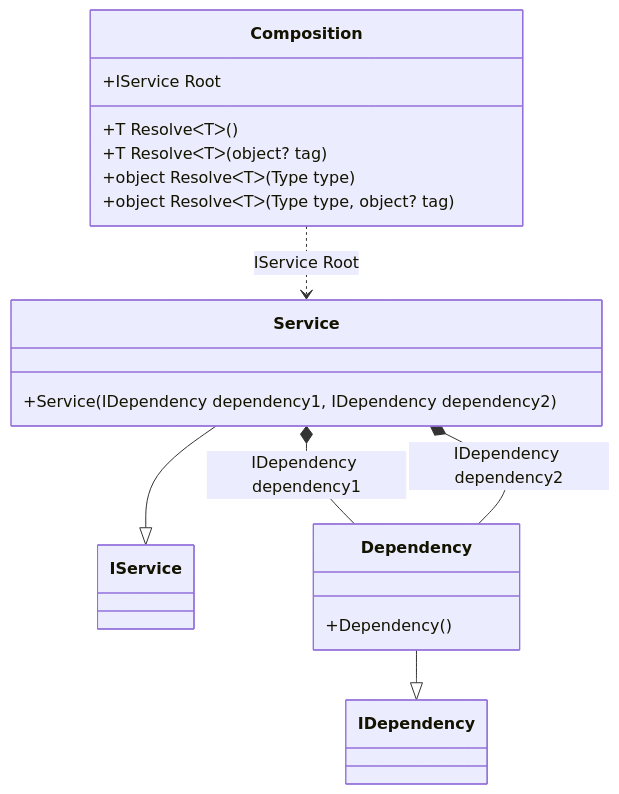
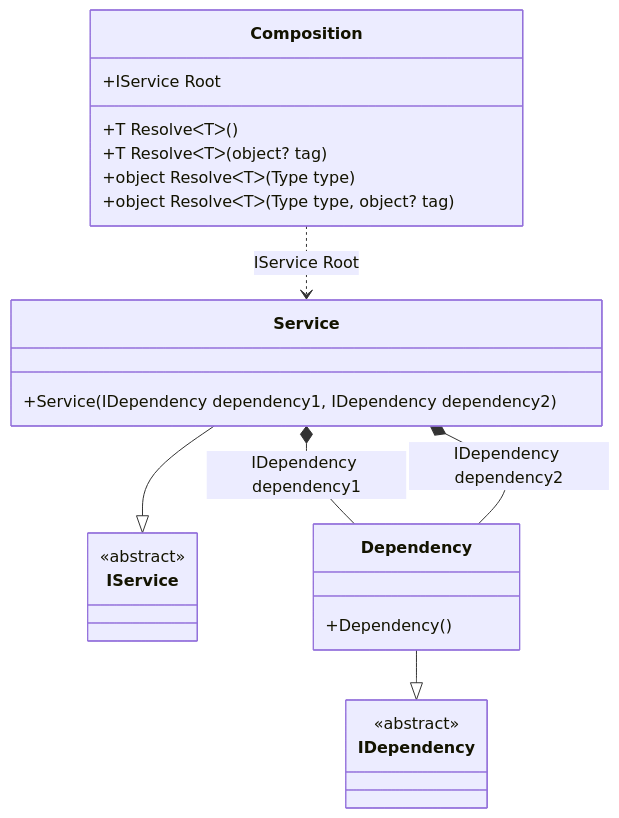
Diagram 16 of 35 in readme/Examples.md (DevTeam/Pure.DI), drawn with Mermaid before and after one commit. The commit also changed other lines of this file and 3 other files, not shown here.

````diff
--- a/readme/Examples.md
+++ b/readme/Examples.md
@@ -1124,21 +1217,27 @@
 ```mermaid
 classDiagram
-class Composition {
-+IService Root
-+T ResolveᐸTᐳ()
-+T ResolveᐸTᐳ(object? tag)
-+object ResolveᐸTᐳ(Type type)
-+object ResolveᐸTᐳ(Type type, object? tag)
-}
-Service --|> IService : 
-class Service {
-+Service(IDependency dependency1, IDependency dependency2)
-}
-Dependency --|> IDependency : 
-class Dependency {
-+Dependency()
-}
-Service *--  Dependency : IDependency dependency1
-Service *--  Dependency : IDependency dependency2
-Composition ..> Service : IService Root
+  class Composition {
+    +IService Root
+    +T ResolveᐸTᐳ()
+    +T ResolveᐸTᐳ(object? tag)
+    +object ResolveᐸTᐳ(Type type)
+    +object ResolveᐸTᐳ(Type type, object? tag)
+  }
+  Service --|> IService : 
+  class Service {
+    +Service(IDependency dependency1, IDependency dependency2)
+  }
+  Dependency --|> IDependency : 
+  class Dependency {
+    +Dependency()
+  }
+  class IService {
+    <<abstract>>
+  }
+  class IDependency {
+    <<abstract>>
+  }
+  Service *--  Dependency : IDependency dependency1
+  Service *--  Dependency : IDependency dependency2
+  Composition ..> Service : IService Root
 ```
````
